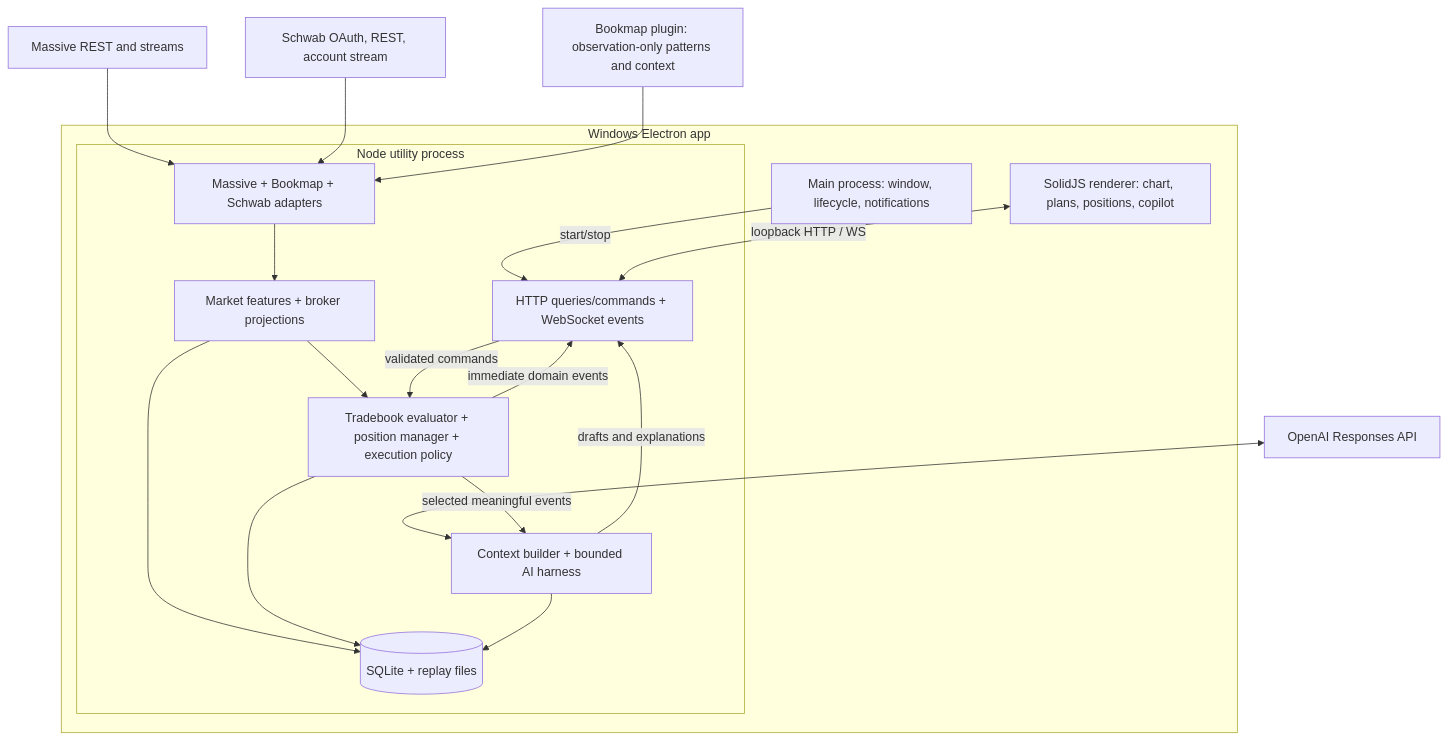
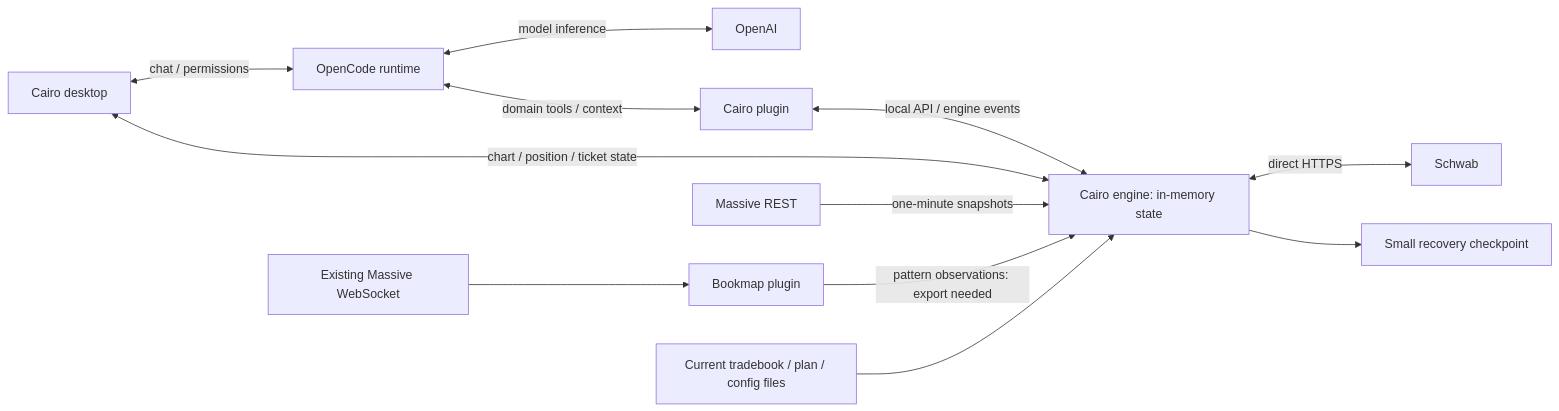
The diagram in docs/chatgpt/ARCHITECTURE.md (ronglingcode/cairo), drawn with Mermaid before and after one commit. The commit also changed other lines of this file and 11 other files, not shown here.

````diff
--- a/docs/chatgpt/ARCHITECTURE.md
+++ b/docs/chatgpt/ARCHITECTURE.md
@@ -64,29 +23,14 @@
-```mermaid
-flowchart TB
-  subgraph Desktop[Windows Electron app]
-    Main[Main process: window, lifecycle, notifications]
-    UI[SolidJS renderer: chart, plans, positions, copilot]
-    subgraph Local[Node utility process]
-      API[HTTP queries/commands + WebSocket events]
-      Feeds[Massive + Bookmap + Schwab adapters]
-      State[Market features + broker projections]
-      Rules[Tradebook evaluator + position manager + execution policy]
-      Harness[Context builder + bounded AI harness]
-      DB[(SQLite + replay files)]
-    end
-  end
-  Massive[Massive REST and streams] --> Feeds
-  Schwab[Schwab OAuth, REST, account stream] --> Feeds
-  Bookmap[Bookmap plugin: observation-only patterns and context] --> Feeds
-  OpenAI[OpenAI Responses API] <--> Harness
-  Main -->|start/stop| API
-  UI <-->|loopback HTTP / WS| API
-  Feeds --> State --> Rules
-  Rules -->|immediate domain events| API
-  Rules -->|selected meaningful events| Harness
-  Harness -->|drafts and explanations| API
-  API -->|validated commands| Rules
-  State --> DB
-  Rules --> DB
-  Harness --> DB
-```
+~~~mermaid
+flowchart LR
+  UI[Cairo desktop] <-->|chat / permissions| OC[OpenCode runtime]
+  OC <-->|model inference| AI[OpenAI]
+  OC <-->|domain tools / context| P[Cairo plugin]
+  P <-->|local API / engine events| E[Cairo engine: in-memory state]
+  UI <-->|chart / position / ticket state| E
+  MR[Massive REST] -->|one-minute snapshots| E
+  MW[Existing Massive WebSocket] --> BM[Bookmap plugin]
+  BM -->|pattern observations: export needed| E
+  E <-->|direct HTTPS| S[Schwab]
+  F[Current tradebook / plan / config files] --> E
+  E --> R[Small recovery checkpoint]
+~~~
````
